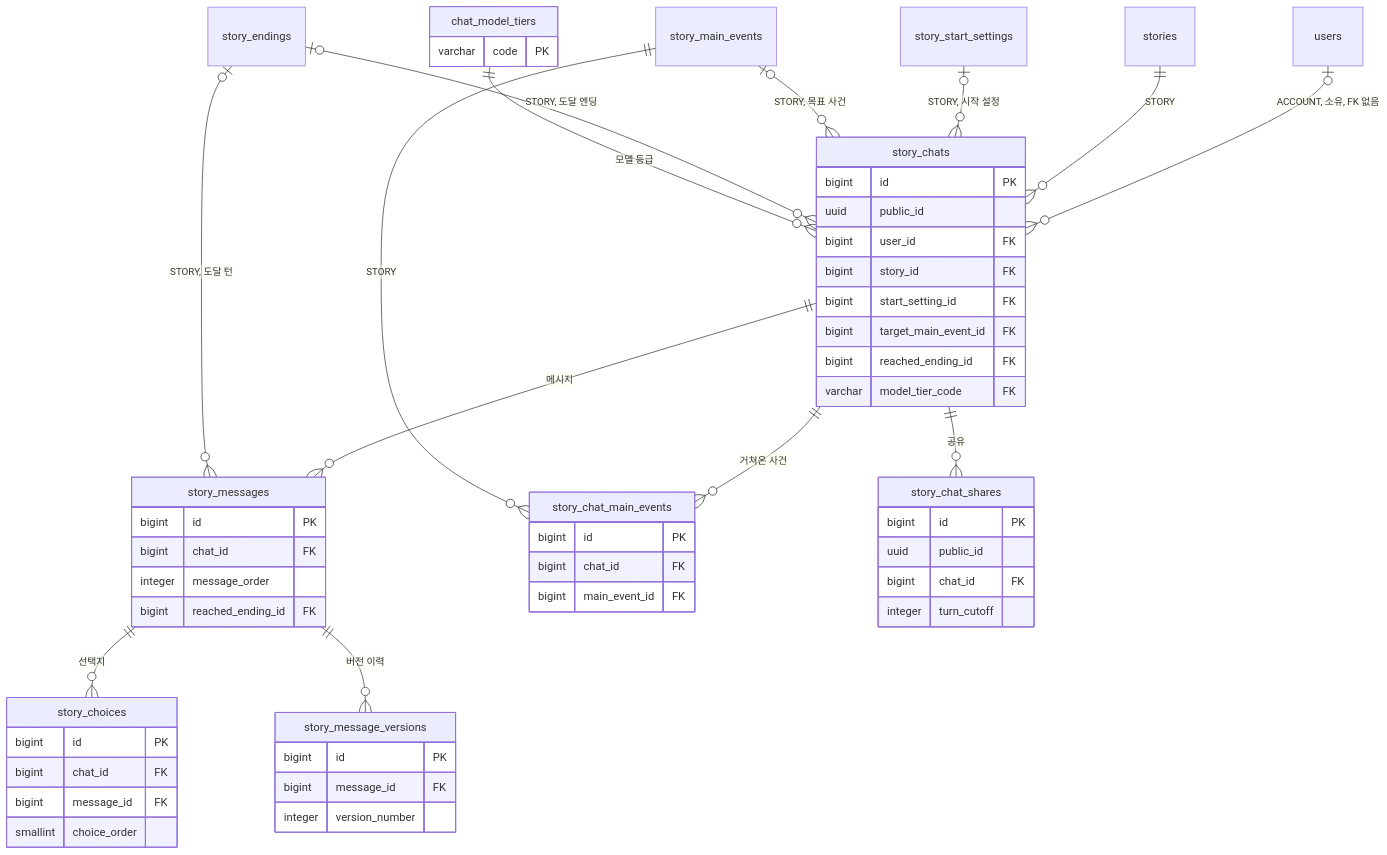
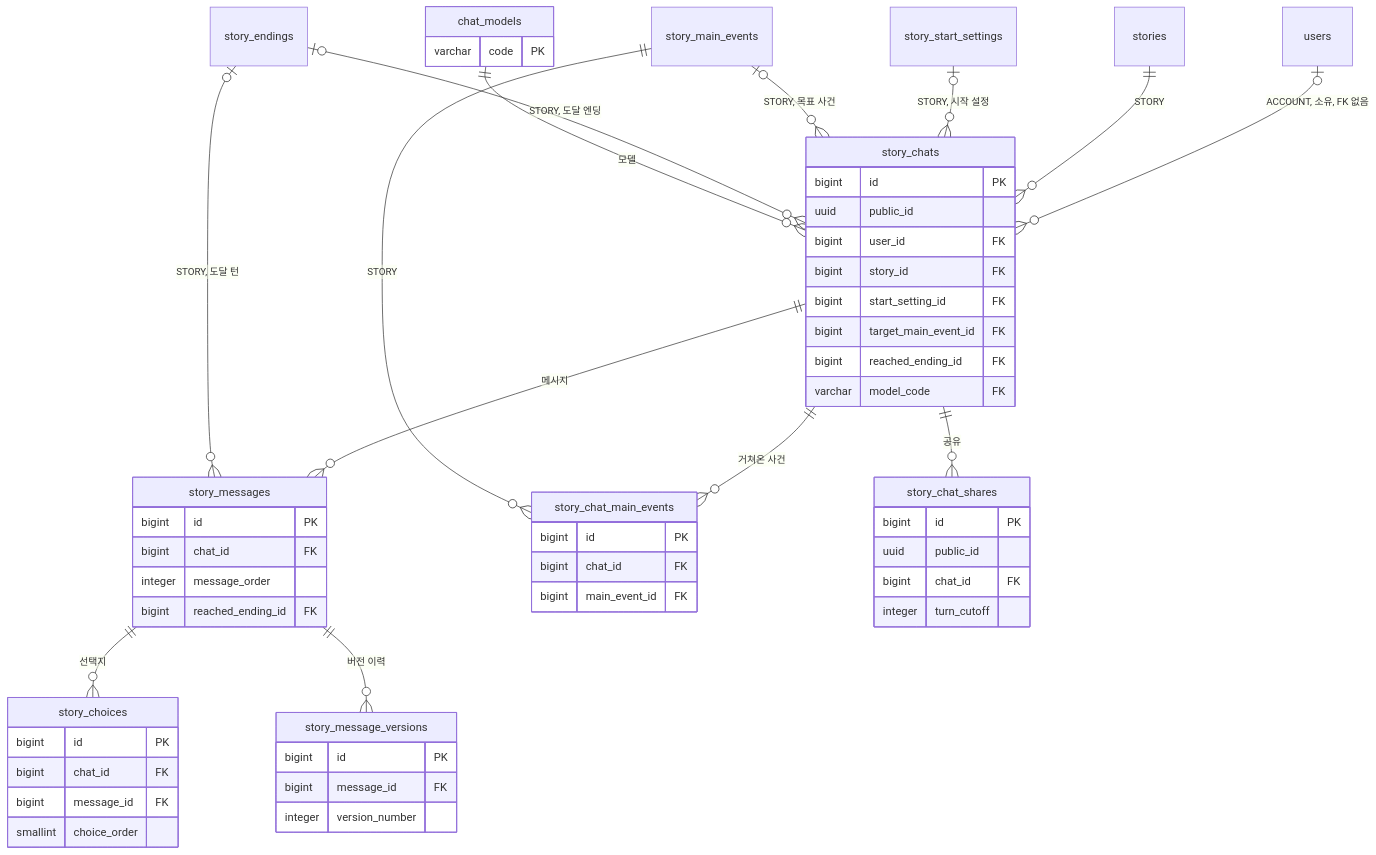
One commit to KIM-N-KANG/knk-harness changed the first of 2 diagrams in docs/domain/CHAT/BACKEND/3-2-DB-SCHEMA.md. Above: the diagram before and after it, drawn with Mermaid. The commit also changed other lines of this file and 24 other files, not shown here.

````diff
--- a/docs/domain/CHAT/BACKEND/3-2-DB-SCHEMA.md
+++ b/docs/domain/CHAT/BACKEND/3-2-DB-SCHEMA.md
@@ -31,57 +31,57 @@
 ```mermaid
 erDiagram
     users |o--o{ story_chats : "ACCOUNT, 소유, FK 없음"
     stories ||--o{ story_chats : "STORY"
     story_start_settings |o--o{ story_chats : "STORY, 시작 설정"
     story_chats ||--o{ story_messages : "메시지"
     story_messages ||--o{ story_choices : "선택지"
     story_messages ||--o{ story_message_versions : "버전 이력"
     story_chats ||--o{ story_chat_main_events : "거쳐온 사건"
     story_main_events ||--o{ story_chat_main_events : "STORY"
     story_main_events |o--o{ story_chats : "STORY, 목표 사건"
     story_endings |o--o{ story_chats : "STORY, 도달 엔딩"
     story_endings |o--o{ story_messages : "STORY, 도달 턴"
     story_chats ||--o{ story_chat_shares : "공유"
-    chat_model_tiers ||--o{ story_chats : "모델 등급"
+    chat_models ||--o{ story_chats : "모델"
     story_chats {
         bigint id PK
         uuid public_id
         bigint user_id FK
         bigint story_id FK
         bigint start_setting_id FK
         bigint target_main_event_id FK
         bigint reached_ending_id FK
-        varchar model_tier_code FK
+        varchar model_code FK
     }
-    chat_model_tiers {
+    chat_models {
         varchar code PK
     }
     story_messages {
         bigint id PK
         bigint chat_id FK
         integer message_order
         bigint reached_ending_id FK
     }
     story_choices {
         bigint id PK
         bigint chat_id FK
         bigint message_id FK
         smallint choice_order
     }
     story_message_versions {
         bigint id PK
         bigint message_id FK
         integer version_number
     }
     story_chat_main_events {
         bigint id PK
         bigint chat_id FK
         bigint main_event_id FK
     }
     story_chat_shares {
         bigint id PK
         uuid public_id
         bigint chat_id FK
         integer turn_cutoff
     }
 ```
````
